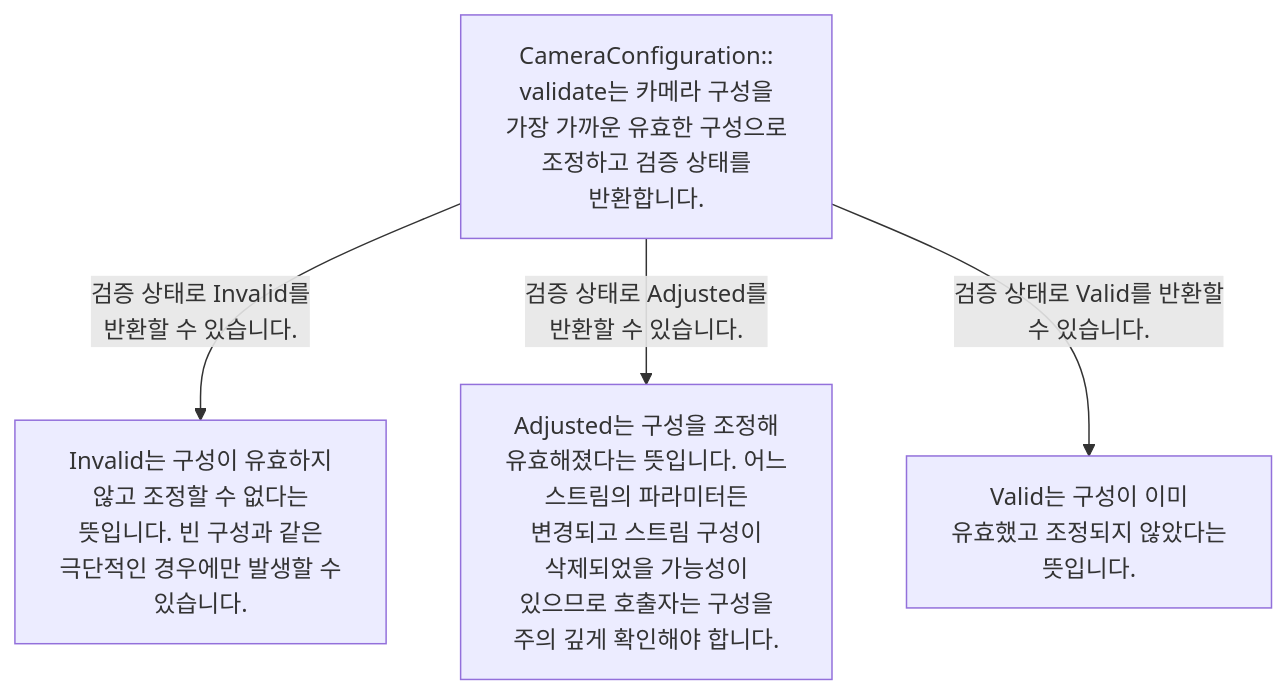
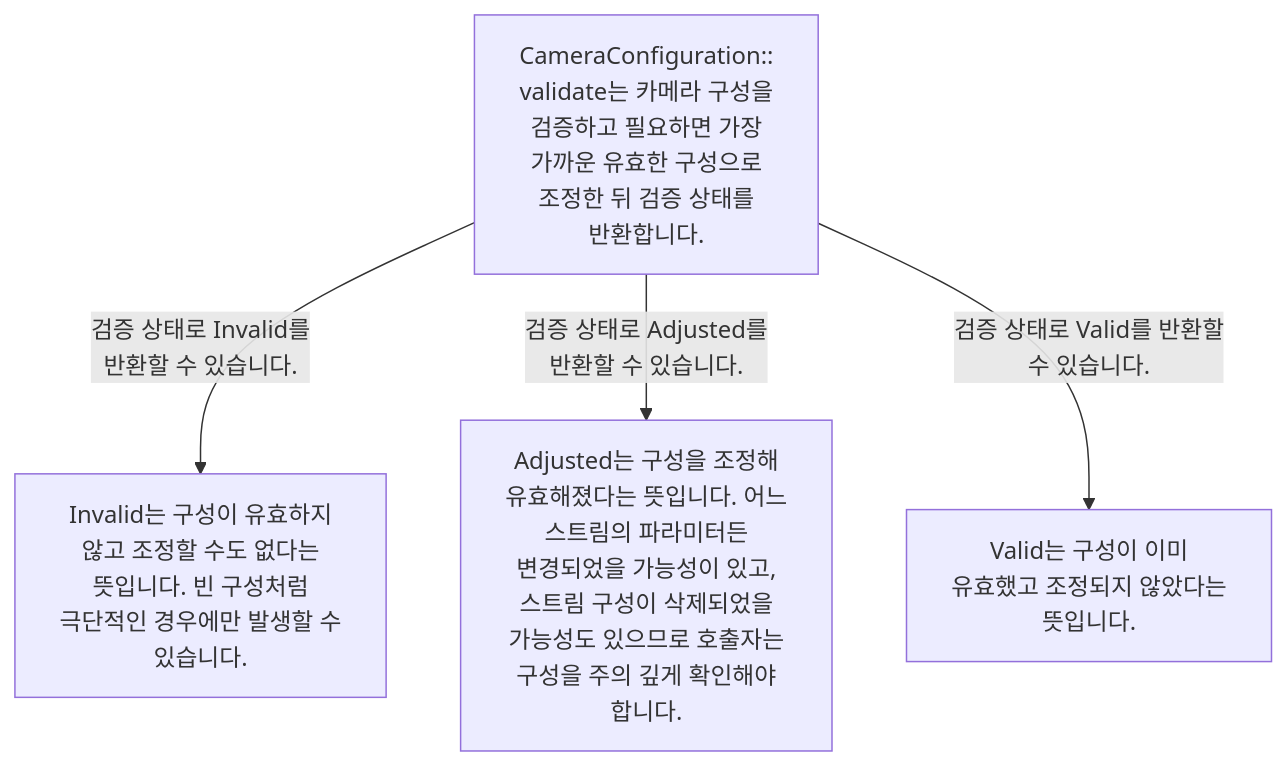
The diagram in docs/vendor-assurance.validation-results.mmd (TTolsun/libcamera-sdd), drawn with Mermaid before and after one commit. The commit also changed 25 other files, not shown here.

Commit message:
Add roles return diagram and verify causal semantic repairs

```diff
--- a/docs/vendor-assurance.validation-results.mmd
+++ b/docs/vendor-assurance.validation-results.mmd
@@ -1,9 +1,9 @@
 flowchart TB
-%% sdd:translations {"Adjusted는 구성을 조정해 <br/>유효해졌다는 뜻입니다. 어느 <br/>스트림의 파라미터든 <br/>변경되고 스트림 구성이 <br/>삭제되었을 가능성이 <br/>있으므로 호출자는 구성을 <br/>주의 깊게 확인해야 합니다.": "Adjusted means the <br/>configuration was adjusted <br/>and is now valid. <br/>Parameters for any stream <br/>may have changed and stream <br/>configurations may have <br/>been removed, so the caller <br/>must carefully check the <br/>configuration.", "CameraConfiguration::<br/>validate는 카메라 구성을 <br/>가장 가까운 유효한 구성으로 <br/>조정하고 검증 상태를 <br/>반환합니다.": "CameraConfiguration::<br/>validate adjusts the camera <br/>configuration to the <br/>closest valid configuration <br/>and returns the validation <br/>status.", "Invalid는 구성이 유효하지 <br/>않고 조정할 수 없다는 <br/>뜻입니다. 빈 구성과 같은 <br/>극단적인 경우에만 발생할 수 <br/>있습니다.": "Invalid means the <br/>configuration is invalid <br/>and cannot be adjusted. It <br/>may occur only in extreme <br/>cases, such as an empty <br/>configuration.", "Valid는 구성이 이미 <br/>유효했고 조정되지 않았다는 <br/>뜻입니다.": "Valid means the <br/>configuration was already <br/>valid and was not adjusted.", "검증 상태로 Adjusted를 <br/>반환할 수 있습니다.": "It may return Adjusted as <br/>the validation status.", "검증 상태로 Invalid를 <br/>반환할 수 있습니다.": "It may return Invalid as <br/>the validation status.", "검증 상태로 Valid를 반환할 <br/>수 있습니다.": "It may return Valid as the <br/>validation status."}
-  v_n0["CameraConfiguration::<br/>validate는 카메라 구성을 <br/>가장 가까운 유효한 구성으로 <br/>조정하고 검증 상태를 <br/>반환합니다."]
-  v_n1["Invalid는 구성이 유효하지 <br/>않고 조정할 수 없다는 <br/>뜻입니다. 빈 구성과 같은 <br/>극단적인 경우에만 발생할 수 <br/>있습니다."]
-  v_n2["Adjusted는 구성을 조정해 <br/>유효해졌다는 뜻입니다. 어느 <br/>스트림의 파라미터든 <br/>변경되고 스트림 구성이 <br/>삭제되었을 가능성이 <br/>있으므로 호출자는 구성을 <br/>주의 깊게 확인해야 합니다."]
+%% sdd:translations {"Adjusted는 구성을 조정해 <br/>유효해졌다는 뜻입니다. 어느 <br/>스트림의 파라미터든 <br/>변경되었을 가능성이 있고, <br/>스트림 구성이 삭제되었을 <br/>가능성도 있으므로 호출자는 <br/>구성을 주의 깊게 확인해야 <br/>합니다.": "Adjusted means the <br/>configuration was adjusted <br/>and is now valid. <br/>Parameters for any stream <br/>may have changed, and <br/>stream configurations may <br/>have been removed, so the <br/>caller must carefully check <br/>the configuration.", "CameraConfiguration::<br/>validate는 카메라 구성을 <br/>검증하고 필요하면 가장 <br/>가까운 유효한 구성으로 <br/>조정한 뒤 검증 상태를 <br/>반환합니다.": "CameraConfiguration::<br/>validate validates the <br/>camera configuration, may <br/>adjust it to the closest <br/>valid configuration, and <br/>returns the validation <br/>status.", "Invalid는 구성이 유효하지 <br/>않고 조정할 수도 없다는 <br/>뜻입니다. 빈 구성처럼 <br/>극단적인 경우에만 발생할 수 <br/>있습니다.": "Invalid means the <br/>configuration is invalid <br/>and cannot be adjusted. It <br/>may occur only in extreme <br/>cases, such as an empty <br/>configuration.", "Valid는 구성이 이미 <br/>유효했고 조정되지 않았다는 <br/>뜻입니다.": "Valid means the <br/>configuration was already <br/>valid and was not adjusted.", "검증 상태로 Adjusted를 <br/>반환할 수 있습니다.": "It may return Adjusted as <br/>the validation status.", "검증 상태로 Invalid를 <br/>반환할 수 있습니다.": "It may return Invalid as <br/>the validation status.", "검증 상태로 Valid를 반환할 <br/>수 있습니다.": "It may return Valid as the <br/>validation status."}
+  v_n0["CameraConfiguration::<br/>validate는 카메라 구성을 <br/>검증하고 필요하면 가장 <br/>가까운 유효한 구성으로 <br/>조정한 뒤 검증 상태를 <br/>반환합니다."]
+  v_n1["Invalid는 구성이 유효하지 <br/>않고 조정할 수도 없다는 <br/>뜻입니다. 빈 구성처럼 <br/>극단적인 경우에만 발생할 수 <br/>있습니다."]
+  v_n2["Adjusted는 구성을 조정해 <br/>유효해졌다는 뜻입니다. 어느 <br/>스트림의 파라미터든 <br/>변경되었을 가능성이 있고, <br/>스트림 구성이 삭제되었을 <br/>가능성도 있으므로 호출자는 <br/>구성을 주의 깊게 확인해야 <br/>합니다."]
   v_n3["Valid는 구성이 이미 <br/>유효했고 조정되지 않았다는 <br/>뜻입니다."]
   v_n0 -->|"검증 상태로 Invalid를 <br/>반환할 수 있습니다."| v_n1
   v_n0 -->|"검증 상태로 Adjusted를 <br/>반환할 수 있습니다."| v_n2
   v_n0 -->|"검증 상태로 Valid를 반환할 <br/>수 있습니다."| v_n3
```
